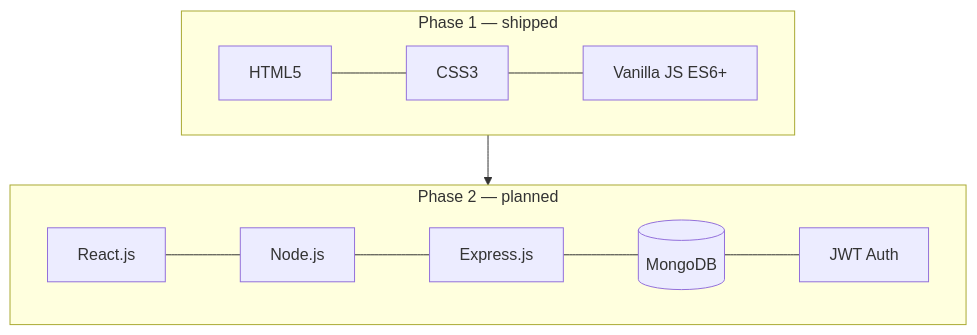
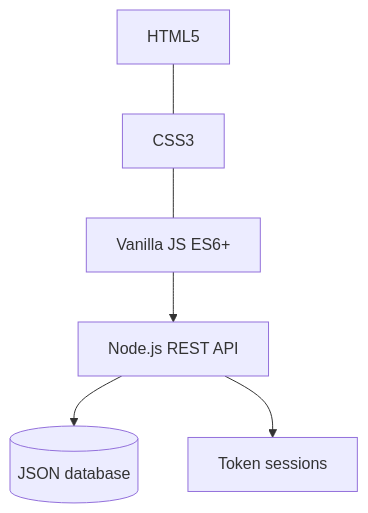
The second of 2 diagrams in README.md (Nayana84-m/FSD_project), drawn with Mermaid before and after one commit. The commit also changed other lines of this file and 1 other file, not shown here.

Commit message:
docs: document local API flow and rubric coverage

````diff
--- a/README.md
+++ b/README.md
@@ -69,10 +69,7 @@
 ```mermaid
 flowchart TB
-    subgraph P1["Phase 1 — shipped"]
-        H[HTML5] --- Csx[CSS3] --- J[Vanilla JS ES6+]
-    end
-    subgraph P2["Phase 2 — planned"]
-        R[React.js] --- N[Node.js] --- E[Express.js] --- M[(MongoDB)] --- JWT[JWT Auth]
-    end
-    P1 --> P2
+    H[HTML5] --- Csx[CSS3] --- J[Vanilla JS ES6+]
+    J --> A[Node.js REST API]
+    A --> D[(JSON database)]
+    A --> S[Token sessions]
 ```
````
